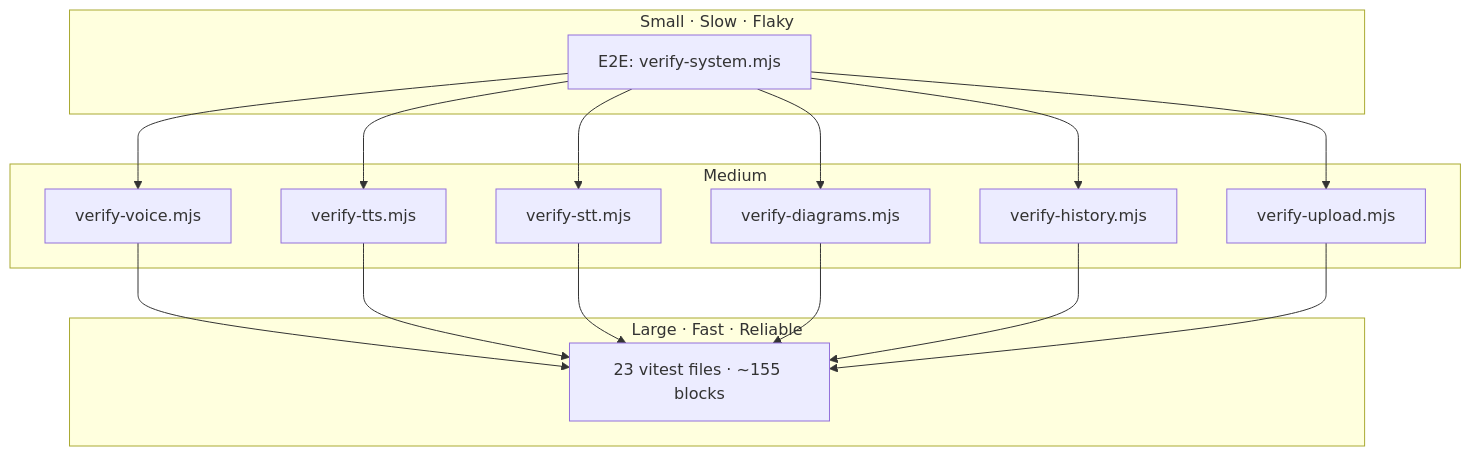
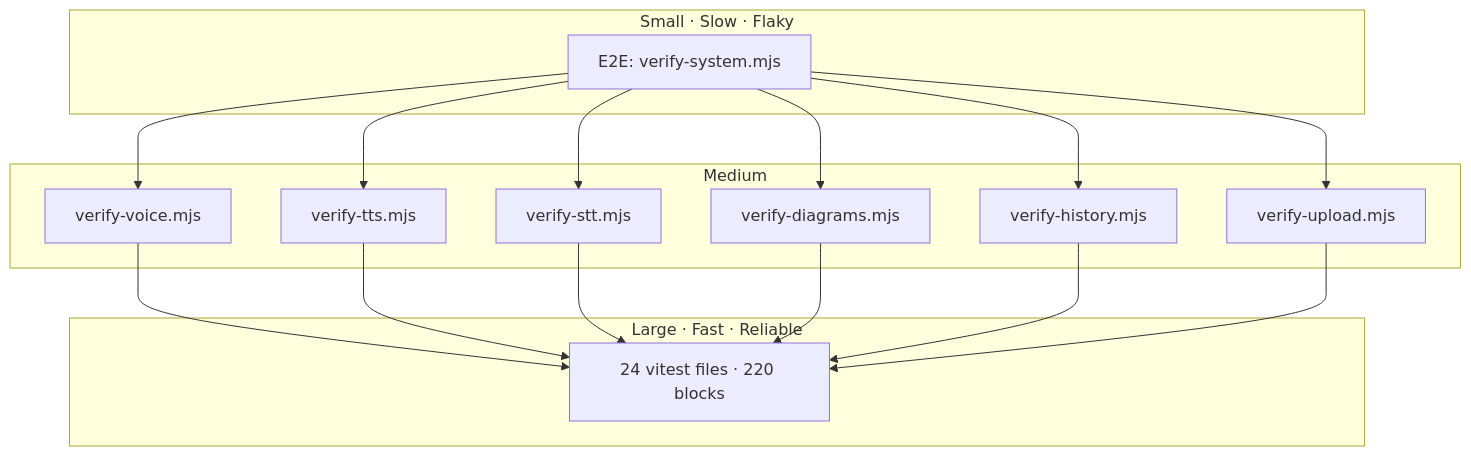
One commit to zilinli/ryan_learning changed the diagram in docs/subsystems/testing.md. Above: the diagram before and after it, drawn with Mermaid. The commit also changed other lines of this file, not shown here.

Commit message:
docs: fix stale test counts in testing.md (23→24 files, 155→220 blocks)

````diff
--- a/docs/subsystems/testing.md
+++ b/docs/subsystems/testing.md
@@ -19,32 +19,32 @@
 ```mermaid
 graph TD
     subgraph Top["Small · Slow · Flaky"]
         E2E["E2E: verify-system.mjs"]
     end
 
     subgraph Middle["Medium"]
         INT1["verify-voice.mjs"]
         INT2["verify-tts.mjs"]
         INT3["verify-stt.mjs"]
         INT4["verify-diagrams.mjs"]
         INT5["verify-history.mjs"]
         INT6["verify-upload.mjs"]
     end
 
     subgraph Bottom["Large · Fast · Reliable"]
-        U1["23 vitest files · ~155 blocks"]
+        U1["24 vitest files · 220 blocks"]
     end
 
     E2E --> INT1
     E2E --> INT2
     E2E --> INT3
     E2E --> INT4
     E2E --> INT5
     E2E --> INT6
     INT1 --> U1
     INT2 --> U1
     INT3 --> U1
     INT4 --> U1
     INT5 --> U1
     INT6 --> U1
 ```
````
